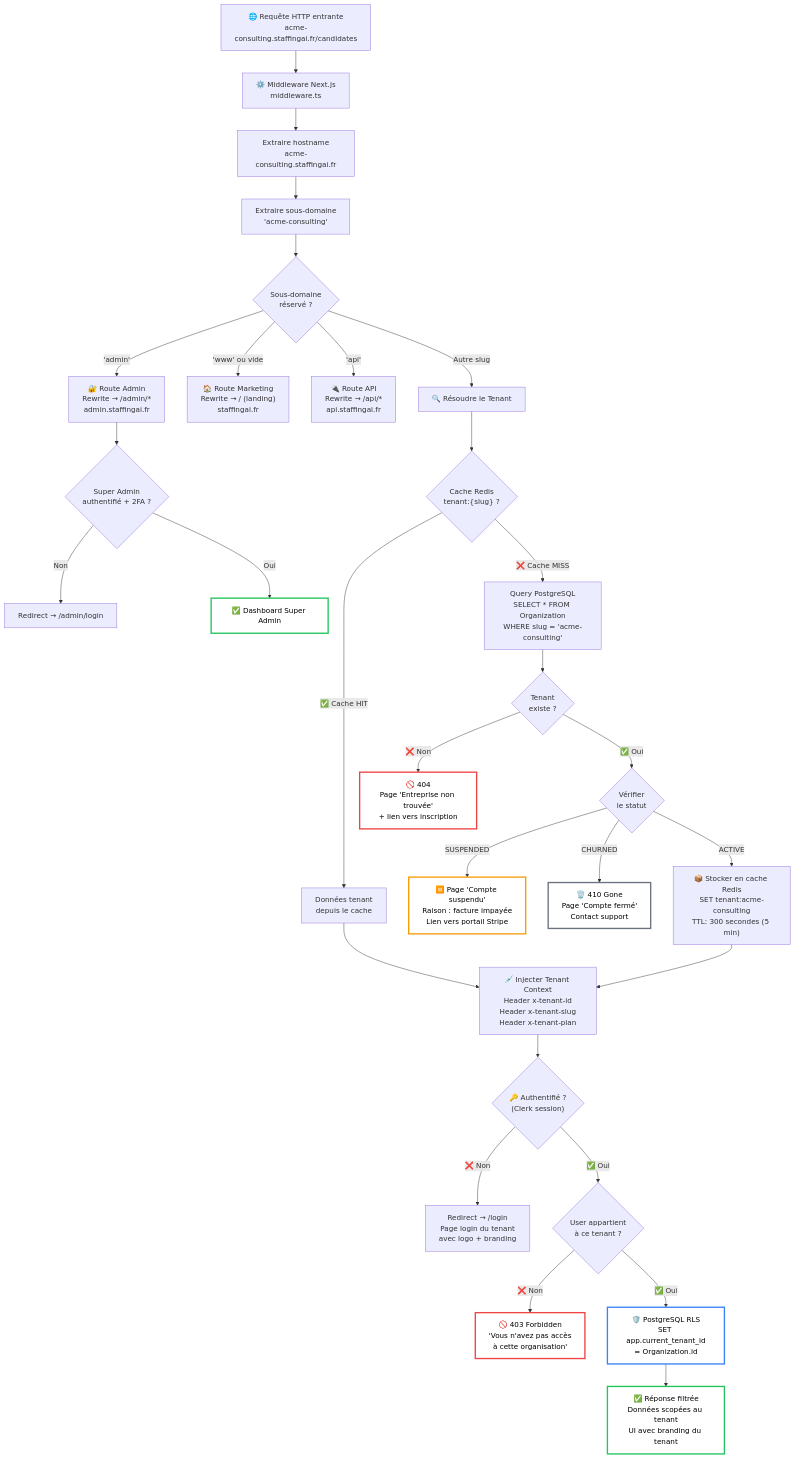
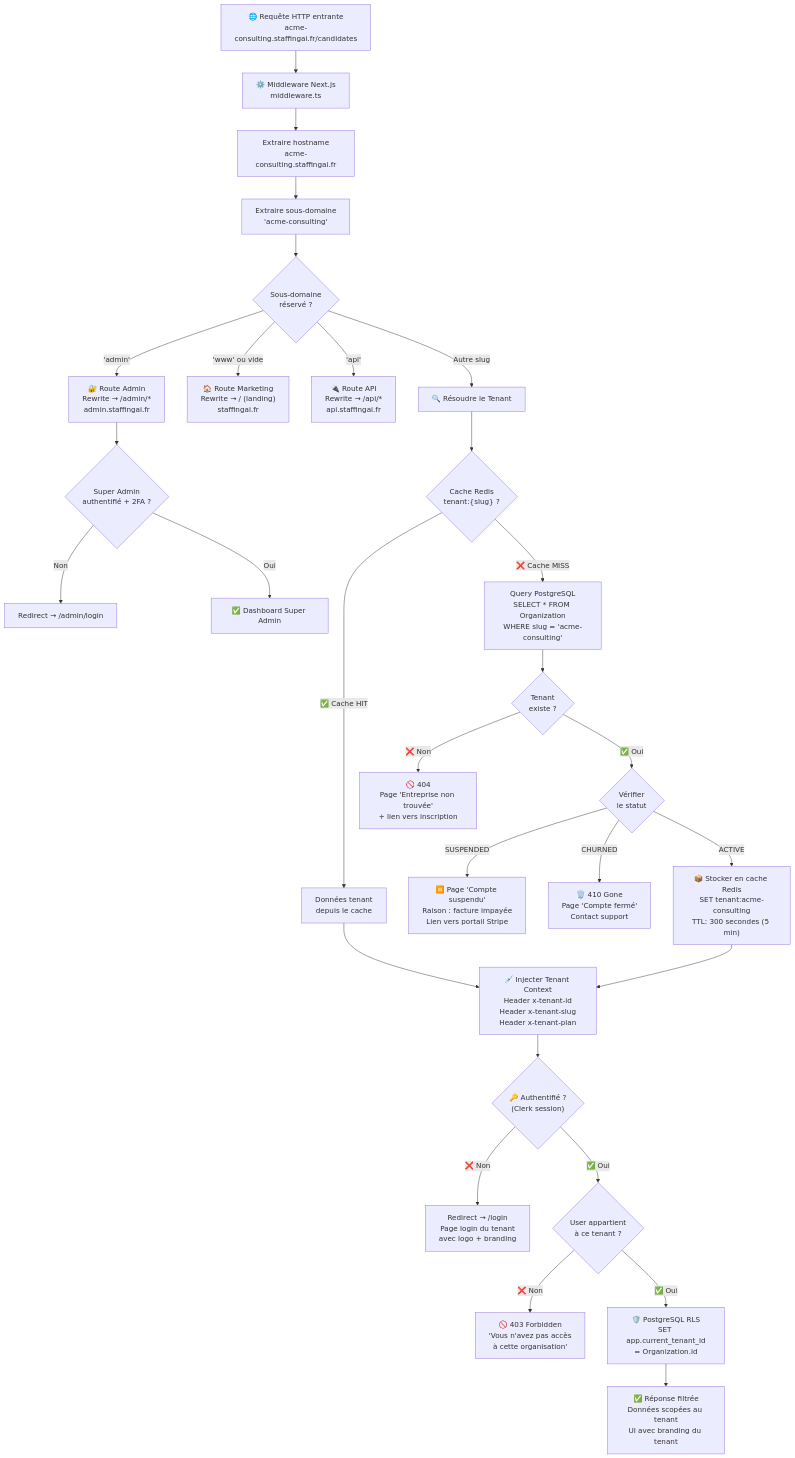
One commit to MisterRaymond/staffing-ai-architecture changed the diagram in docs/diagrams/flows/multi-tenant-resolution.md. Above: the diagram before and after it, drawn with Mermaid. The commit also changed 2 other files, not shown here.

Commit message:
fix: suppression de tous les styles custom pour compatibilité dark mode GitHub
- Suppression de tous les 'style' Mermaid (fill, color, stroke custom)
- Mermaid utilise maintenant ses couleurs natives adaptées au thème GitHub
- Le texte est lisible en dark mode ET light mode
- staffing-teams.md : bloc Clients réorganisé avec 'direction LR' pour éviter le chevauchement
- ai-pipeline.md : styles custom supprimés
- multi-tenant-resolution.md : styles custom supprimés

````diff
--- a/docs/diagrams/flows/multi-tenant-resolution.md
+++ b/docs/diagrams/flows/multi-tenant-resolution.md
@@ -3,53 +3,46 @@
 ```mermaid
 graph TB
     REQ["🌐 Requête HTTP entrante<br/>acme-consulting.staffingai.fr/candidates"]
 
     REQ --> MW["⚙️ Middleware Next.js<br/>middleware.ts"]
     MW --> EXTRACT["Extraire hostname<br/>acme-consulting.staffingai.fr"]
     EXTRACT --> SPLIT["Extraire sous-domaine<br/>'acme-consulting'"]
 
     SPLIT --> CHECK{"Sous-domaine<br/>réservé ?"}
 
     CHECK -->|"'admin'"| ADMIN_ROUTE["🔐 Route Admin<br/>Rewrite → /admin/*<br/>admin.staffingai.fr"]
     CHECK -->|"'www' ou vide"| MARKETING["🏠 Route Marketing<br/>Rewrite → / (landing)<br/>staffingai.fr"]
     CHECK -->|"'api'"| API_ROUTE["🔌 Route API<br/>Rewrite → /api/*<br/>api.staffingai.fr"]
     CHECK -->|"Autre slug"| TENANT_RESOLVE["🔍 Résoudre le Tenant"]
 
     TENANT_RESOLVE --> CACHE{"Cache Redis<br/>tenant:{slug} ?"}
     
     CACHE -->|"✅ Cache HIT"| CACHE_DATA["Données tenant<br/>depuis le cache"]
     CACHE -->|"❌ Cache MISS"| DB_LOOKUP["Query PostgreSQL<br/>SELECT * FROM Organization<br/>WHERE slug = 'acme-consulting'"]
 
     DB_LOOKUP --> EXISTS{"Tenant<br/>existe ?"}
     EXISTS -->|"❌ Non"| NOT_FOUND["🚫 404<br/>Page 'Entreprise non trouvée'<br/>+ lien vers inscription"]
     EXISTS -->|"✅ Oui"| CHECK_STATUS{"Vérifier<br/>le statut"}
 
     CHECK_STATUS -->|"SUSPENDED"| SUSPENDED["⏸️ Page 'Compte suspendu'<br/>Raison : facture impayée<br/>Lien vers portail Stripe"]
     CHECK_STATUS -->|"CHURNED"| GONE["🗑️ 410 Gone<br/>Page 'Compte fermé'<br/>Contact support"]
     CHECK_STATUS -->|"ACTIVE"| CACHE_SET["📦 Stocker en cache Redis<br/>SET tenant:acme-consulting<br/>TTL: 300 secondes (5 min)"]
 
     CACHE_SET --> INJECT
     CACHE_DATA --> INJECT["💉 Injecter Tenant Context<br/>Header x-tenant-id<br/>Header x-tenant-slug<br/>Header x-tenant-plan"]
 
     INJECT --> AUTH{"🔑 Authentifié ?<br/>(Clerk session)"}
 
     AUTH -->|"❌ Non"| LOGIN["Redirect → /login<br/>Page login du tenant<br/>avec logo + branding"]
     AUTH -->|"✅ Oui"| VERIFY_MEMBERSHIP{"User appartient<br/>à ce tenant ?"}
 
     VERIFY_MEMBERSHIP -->|"❌ Non"| FORBIDDEN["🚫 403 Forbidden<br/>'Vous n'avez pas accès<br/>à cette organisation'"]
     VERIFY_MEMBERSHIP -->|"✅ Oui"| RLS["🛡️ PostgreSQL RLS<br/>SET app.current_tenant_id<br/>= Organization.id"]
 
     RLS --> RESPONSE["✅ Réponse filtrée<br/>Données scopées au tenant<br/>UI avec branding du tenant"]
 
     ADMIN_ROUTE --> ADMIN_AUTH{"Super Admin<br/>authentifié + 2FA ?"}
     ADMIN_AUTH -->|"Non"| ADMIN_LOGIN["Redirect → /admin/login"]
     ADMIN_AUTH -->|"Oui"| ADMIN_OK["✅ Dashboard Super Admin"]
 
-    style NOT_FOUND fill:transparent,stroke:#ef4444,stroke-width:3px,color:#000
-    style SUSPENDED fill:transparent,stroke:#f59e0b,stroke-width:3px,color:#000
-    style GONE fill:transparent,stroke:#6b7280,stroke-width:3px,color:#000
-    style FORBIDDEN fill:transparent,stroke:#ef4444,stroke-width:3px,color:#000
-    style RESPONSE fill:transparent,stroke:#22c55e,stroke-width:3px,color:#000
-    style ADMIN_OK fill:transparent,stroke:#22c55e,stroke-width:3px,color:#000
-    style RLS fill:transparent,stroke:#3b82f6,stroke-width:3px,color:#000
 ```
````
